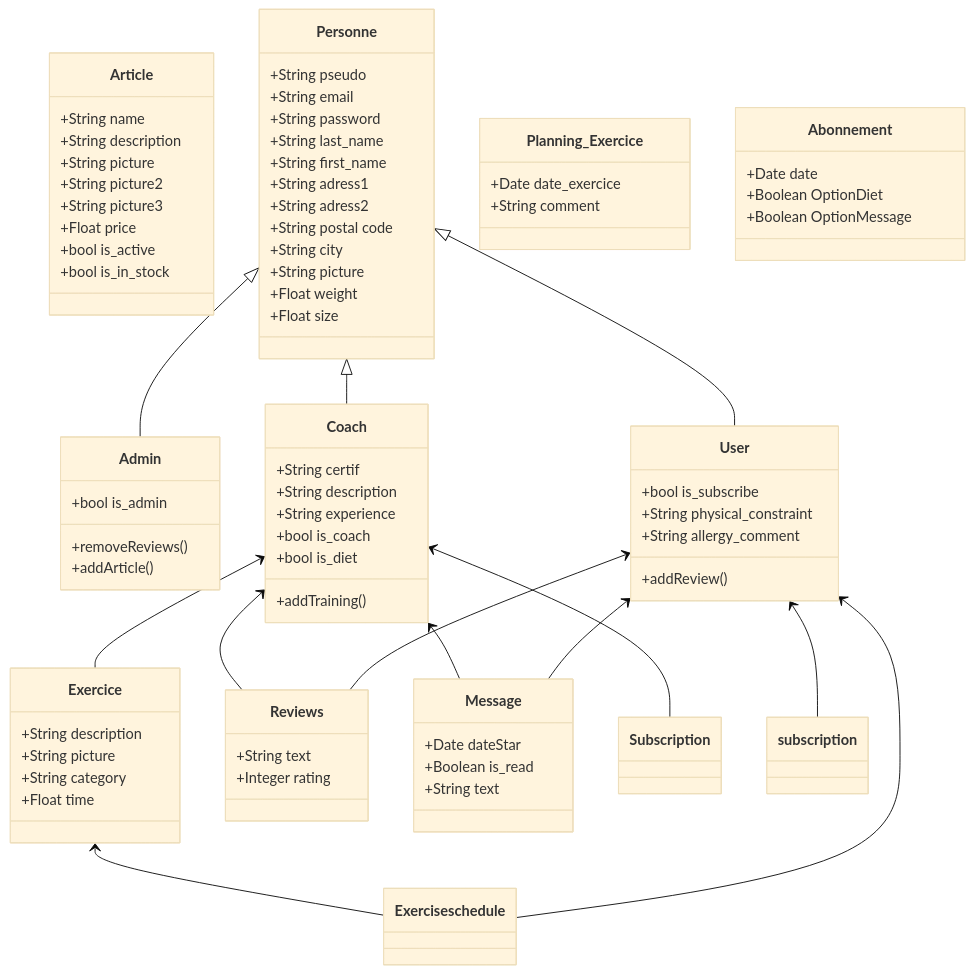
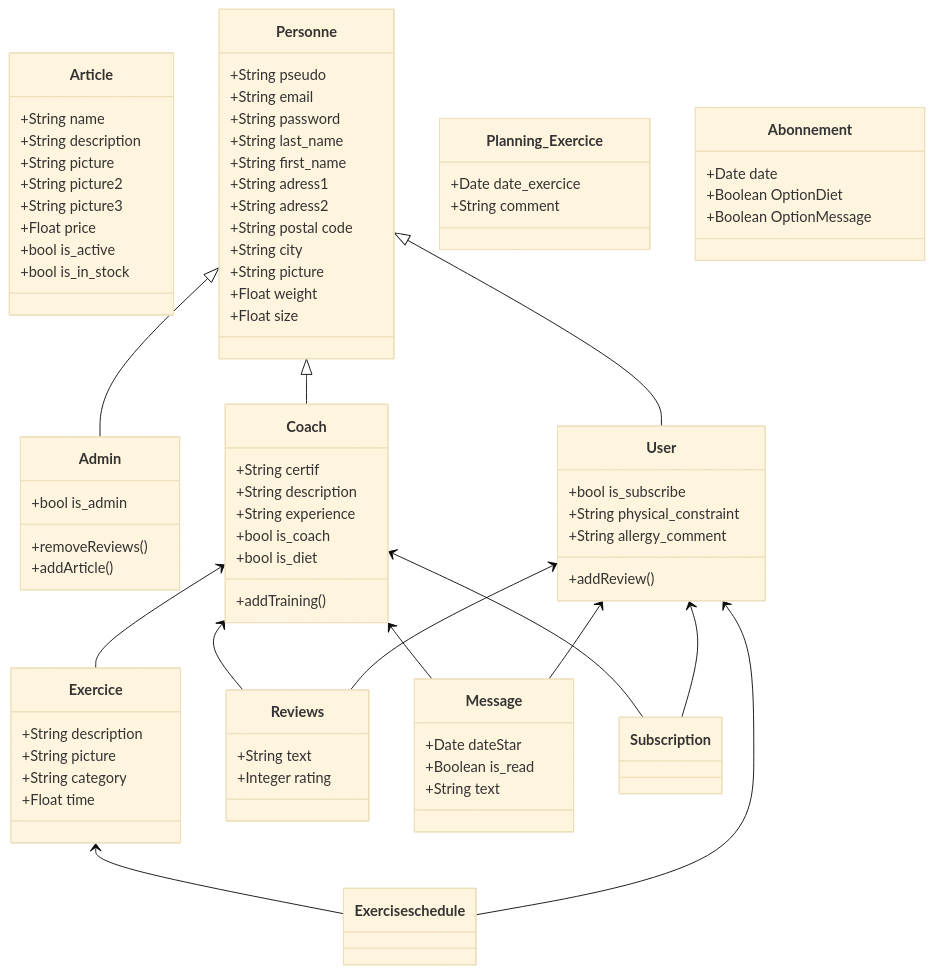
The diagram in Documentation/class_diagram.md (Genia888/FitnessHub), drawn with Mermaid (base theme) before and after one commit.

Commit message:
Fix capitalization inconsistency in class diagram for User subscription relationship

```diff
--- a/Documentation/class_diagram.md
+++ b/Documentation/class_diagram.md
@@ -90,7 +90,7 @@
     Coach <-- Reviews
     User <-- Reviews
     Coach <-- Subscription
-    User <-- subscription
+    User <-- Subscription
     Coach <-- Message
     User <-- Message
     Personne <|-- Coach
```
